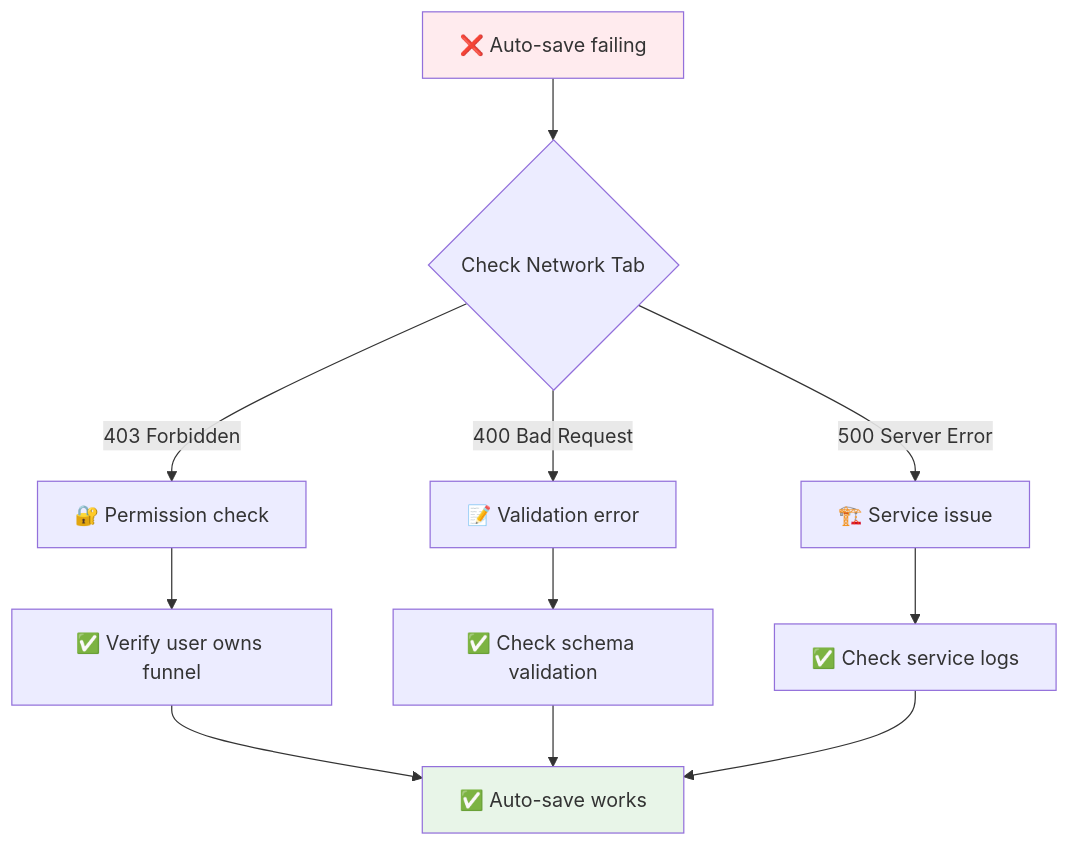
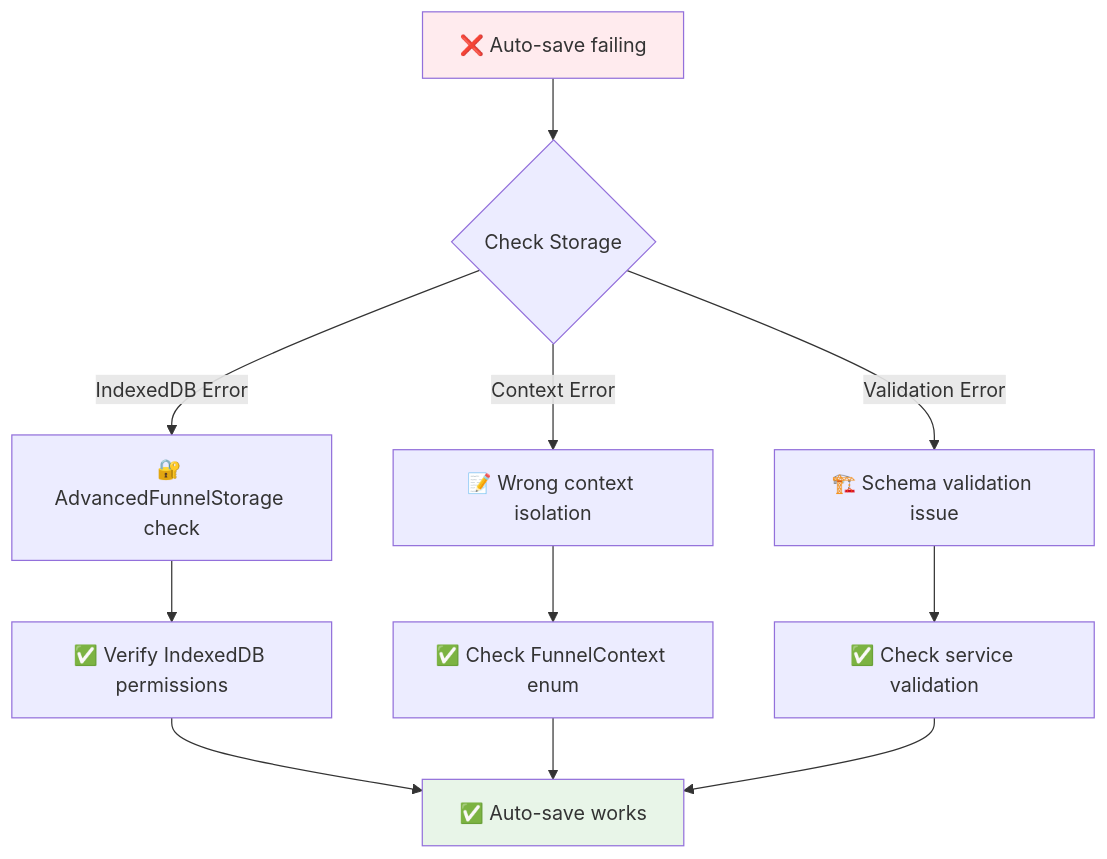
Before and after one commit to giselegal/quiz-flow-pro-verso-03342: the tenth of 15 diagrams in docs/FUNNEL_ONBOARDING_FLOWCHARTS.md, drawn with Mermaid. The commit also changed other lines of this file and 1 other file, not shown here.

````diff
--- a/docs/FUNNEL_ONBOARDING_FLOWCHARTS.md
+++ b/docs/FUNNEL_ONBOARDING_FLOWCHARTS.md
@@ -288,19 +310,19 @@
 ```mermaid
 graph TD
-    A[❌ Auto-save failing] --> B{Check Network Tab}
+    A[❌ Auto-save failing] --> B{Check Storage}
     
-    B -->|403 Forbidden| C[🔐 Permission check]
-    B -->|400 Bad Request| D[📝 Validation error]
-    B -->|500 Server Error| E[🏗️ Service issue]
+    B -->|IndexedDB Error| C[🔐 AdvancedFunnelStorage check]
+    B -->|Context Error| D[📝 Wrong context isolation]
+    B -->|Validation Error| E[🏗️ Schema validation issue]
     
-    C --> C1[✅ Verify user owns funnel]
-    D --> D1[✅ Check schema validation]
-    E --> E1[✅ Check service logs]
+    C --> C1[✅ Verify IndexedDB permissions]
+    D --> D1[✅ Check FunnelContext enum]
+    E --> E1[✅ Check service validation]
     
     C1 --> F[✅ Auto-save works]
     D1 --> F
     E1 --> F
     
     style A fill:#ffebee
     style F fill:#e8f5e8
 ```
````
